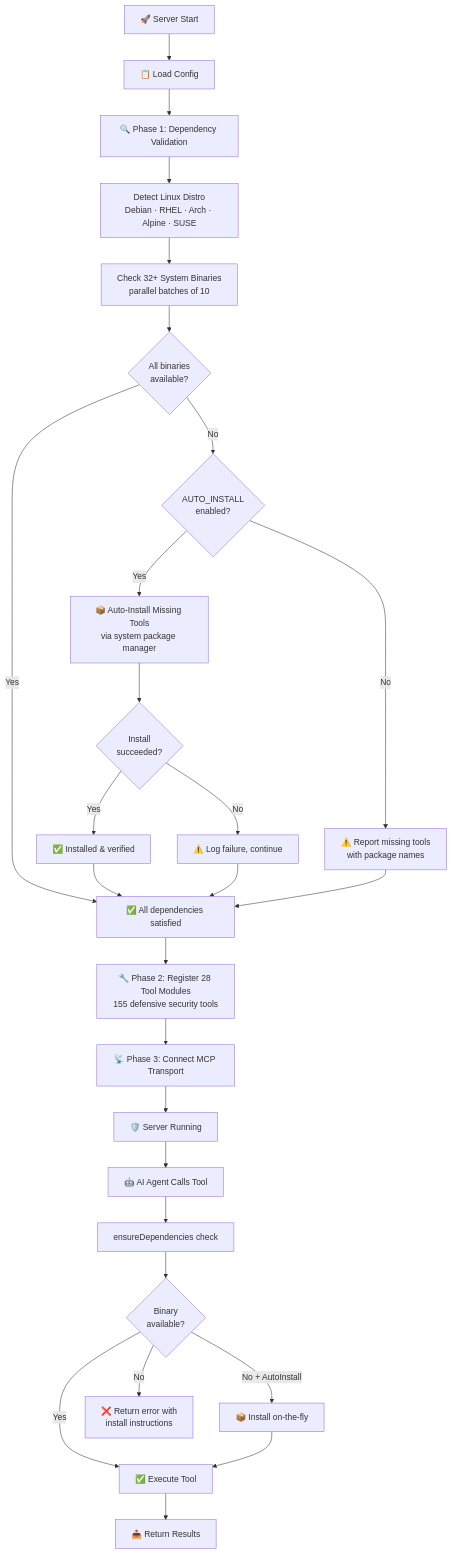
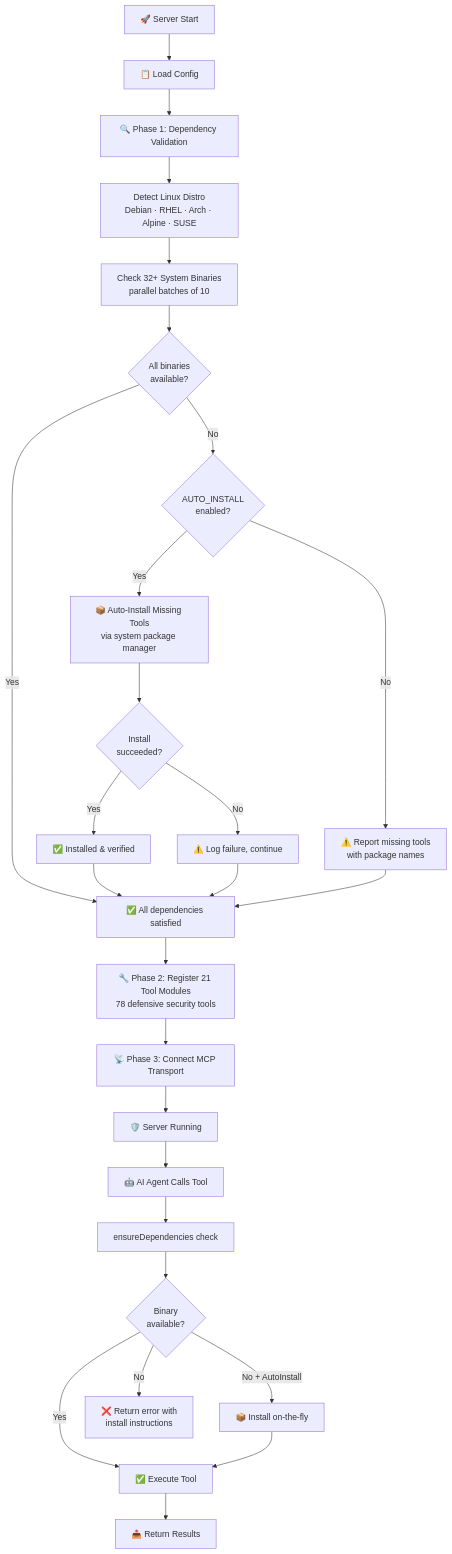
One commit to bottobot/defense-mcp-server changed the first of 4 diagrams in README.md. Above: the diagram before and after it, drawn with Mermaid. The commit also changed other lines of this file and 64 other files, not shown here.

````diff
--- a/README.md
+++ b/README.md
@@ -169,41 +171,41 @@
 ```mermaid
 flowchart TD
     A["🚀 Server Start"] --> B["📋 Load Config"]
     
     B --> C["🔍 Phase 1: Dependency Validation"]
     
     C --> D["Detect Linux Distro<br/>Debian · RHEL · Arch · Alpine · SUSE"]
     D --> E["Check 32+ System Binaries<br/>parallel batches of 10"]
     
     E --> F{"All binaries<br/>available?"}
     
     F -->|Yes| K["✅ All dependencies satisfied"]
     F -->|No| G{"AUTO_INSTALL<br/>enabled?"}
     
     G -->|Yes| H["📦 Auto-Install Missing Tools<br/>via system package manager"]
     H --> I{"Install<br/>succeeded?"}
     I -->|Yes| J["✅ Installed & verified"]
     I -->|No| L["⚠️ Log failure, continue"]
     
     G -->|No| M["⚠️ Report missing tools<br/>with package names"]
     
     J --> K
     L --> K
     M --> K
     
-    K --> N["🔧 Phase 2: Register 28 Tool Modules<br/>155 defensive security tools"]
+    K --> N["🔧 Phase 2: Register 21 Tool Modules<br/>78 defensive security tools"]
     
     N --> O["📡 Phase 3: Connect MCP Transport"]
     O --> P["🛡️ Server Running"]
     
     P --> Q["🤖 AI Agent Calls Tool"]
     
     Q --> R["ensureDependencies check"]
     R --> S{"Binary<br/>available?"}
     S -->|Yes| T["✅ Execute Tool"]
     S -->|No + AutoInstall| U["📦 Install on-the-fly"]
     S -->|No| V["❌ Return error with<br/>install instructions"]
     U --> T
     
     T --> W["📤 Return Results"]
 ```
````
